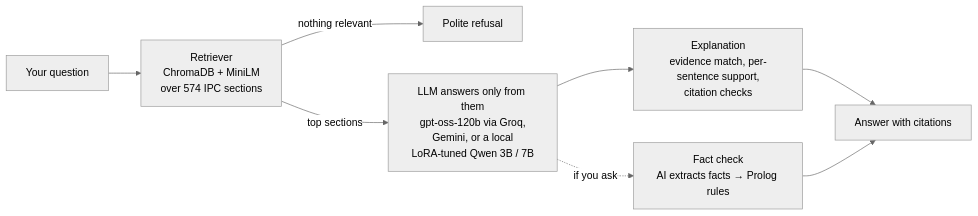
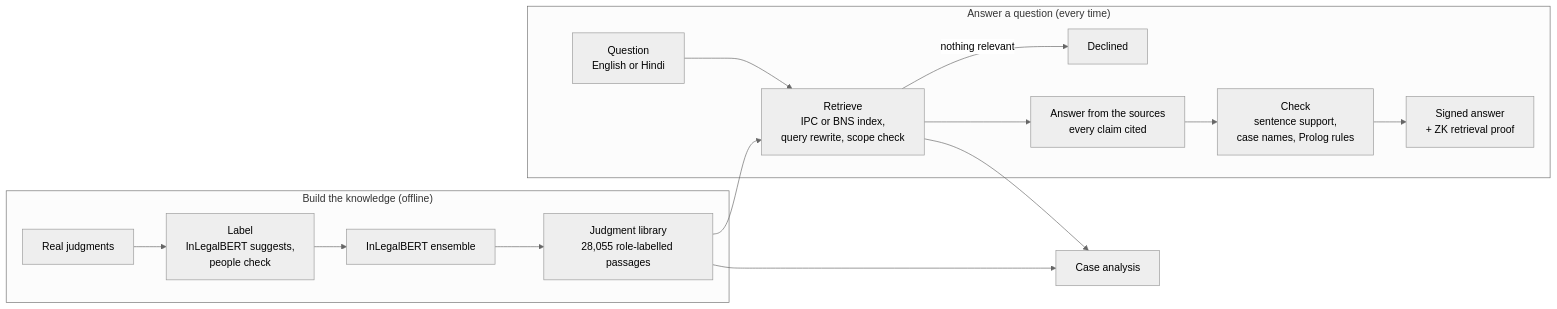
Before and after one commit to bhxvish/legalgpt: the diagram in README.md, drawn with Mermaid (neutral theme). The commit also changed other lines of this file, not shown here.

Commit message:
README: the full system - IPC and BNS, Hindi, judgments, case analysis, results, reproduce, limitations

````diff
--- a/README.md
+++ b/README.md
@@ -29,10 +51,18 @@
 ```mermaid
 flowchart LR
-    Q[Your question] --> R[Retriever<br/>ChromaDB + MiniLM<br/>over 574 IPC sections]
-    R -->|nothing relevant| X[Polite refusal]
-    R -->|top sections| G[LLM answers only from them<br/>gpt-oss-120b via Groq,<br/>Gemini, or a local<br/>LoRA-tuned Qwen 3B / 7B]
-    G --> E[Explanation<br/>evidence match, per-sentence support,<br/>citation checks]
-    G -.->|if you ask| V[Fact check<br/>AI extracts facts → Prolog rules]
-    E --> A[Answer with citations]
-    V --> A
+    subgraph Build["Build the knowledge (offline)"]
+      J[Real judgments] --> L[Label<br/>InLegalBERT suggests,<br/>people check]
+      L --> M[InLegalBERT ensemble]
+      M --> Lib[Judgment library<br/>28,055 role-labelled passages]
+    end
+    subgraph Answer["Answer a question (every time)"]
+      Q[Question<br/>English or Hindi] --> R[Retrieve<br/>IPC or BNS index,<br/>query rewrite, scope check]
+      R -->|nothing relevant| X[Declined]
+      R --> A[Answer from the sources<br/>every claim cited]
+      A --> C[Check<br/>sentence support,<br/>case names, Prolog rules]
+      C --> S[Signed answer<br/>+ ZK retrieval proof]
+    end
+    Lib --> R
+    Lib --> CA[Case analysis]
+    R --> CA
 ```
````
